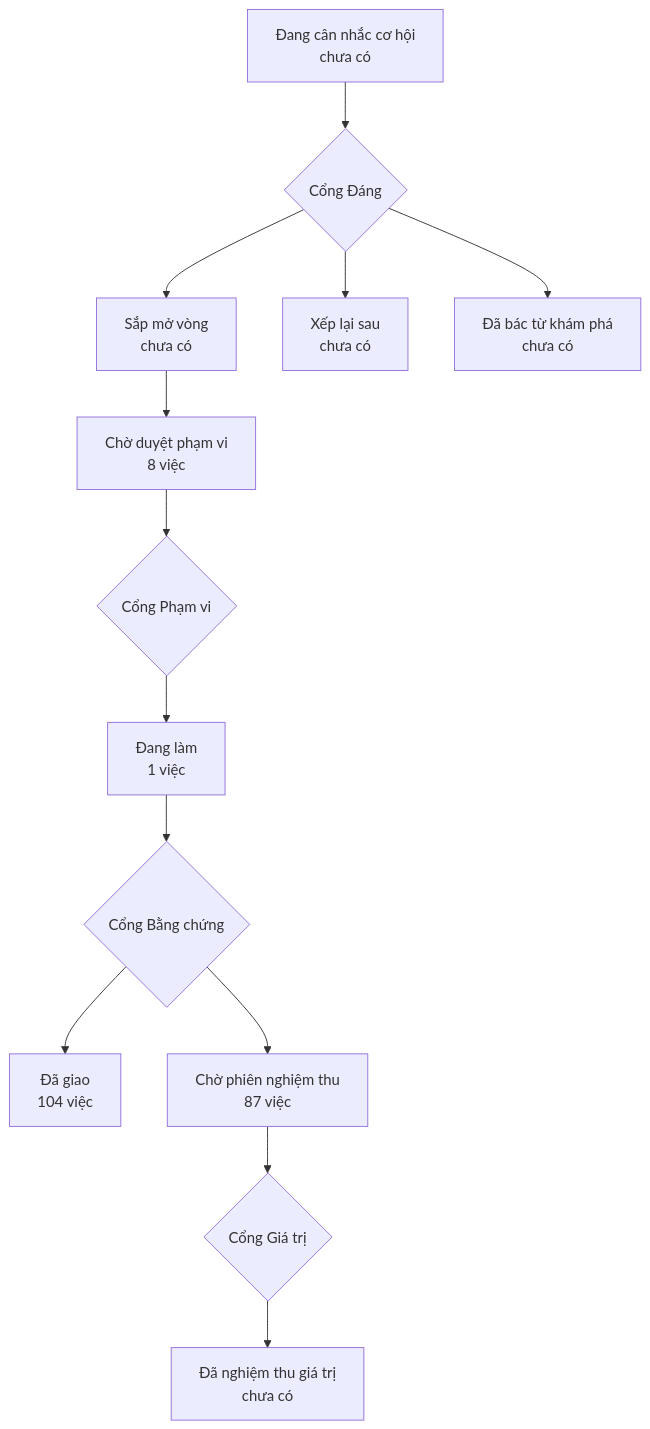
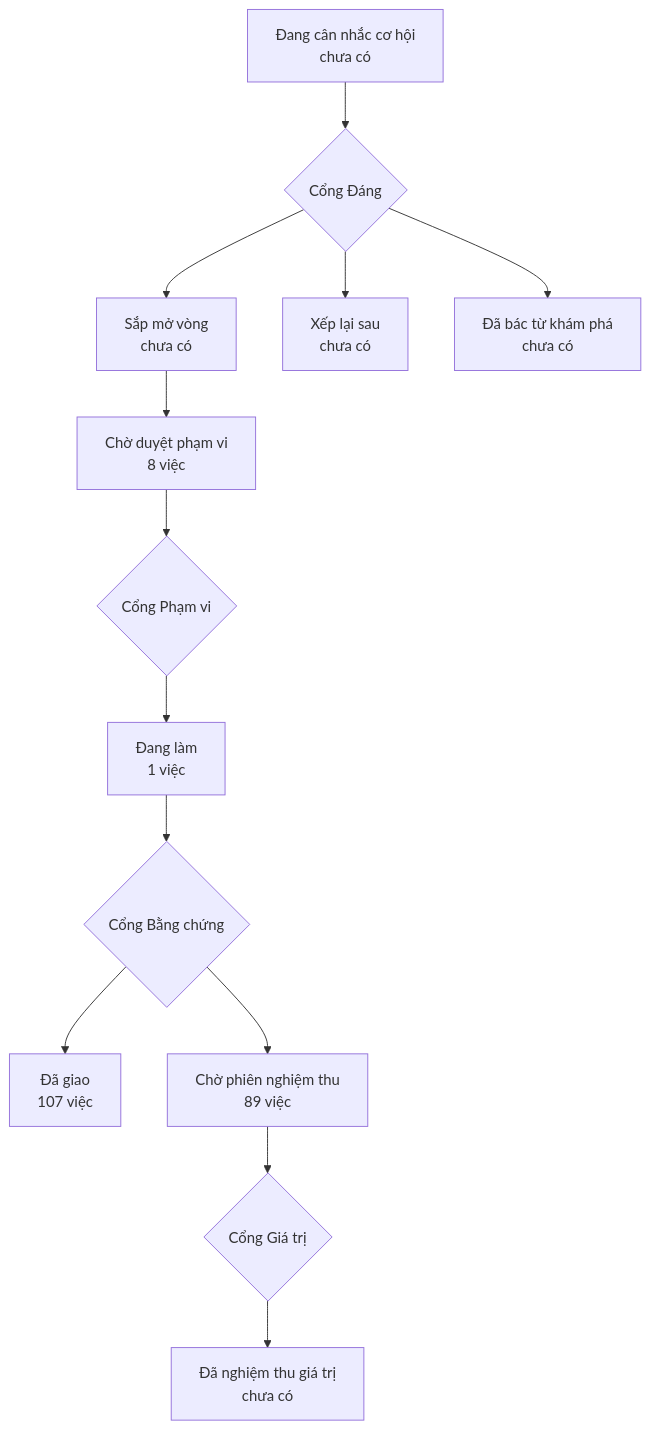
One commit to phanlemanh/onehub-invest changed the diagram in PRODUCT-MAP.md. Above: the diagram before and after it, drawn with Mermaid. The commit also changed other lines of this file and 1 other file, not shown here.

````diff
--- a/PRODUCT-MAP.md
+++ b/PRODUCT-MAP.md
@@ -7,12 +7,12 @@
 ```mermaid
 flowchart TD
   A["Đang cân nhắc cơ hội<br/>chưa có"] --> GD{"Cổng Đáng"}
   GD --> B["Sắp mở vòng<br/>chưa có"]
   GD --> XL["Xếp lại sau<br/>chưa có"]
   GD --> DB["Đã bác từ khám phá<br/>chưa có"]
   B --> CD["Chờ duyệt phạm vi<br/>8 việc"] --> GP{"Cổng Phạm vi"}
   GP --> DL["Đang làm<br/>1 việc"] --> GB{"Cổng Bằng chứng"}
-  GB --> DG["Đã giao<br/>104 việc"]
-  GB --> CN["Chờ phiên nghiệm thu<br/>87 việc"] --> GG{"Cổng Giá trị"}
+  GB --> DG["Đã giao<br/>107 việc"]
+  GB --> CN["Chờ phiên nghiệm thu<br/>89 việc"] --> GG{"Cổng Giá trị"}
   GG --> NT["Đã nghiệm thu giá trị<br/>chưa có"]
 ```
````
